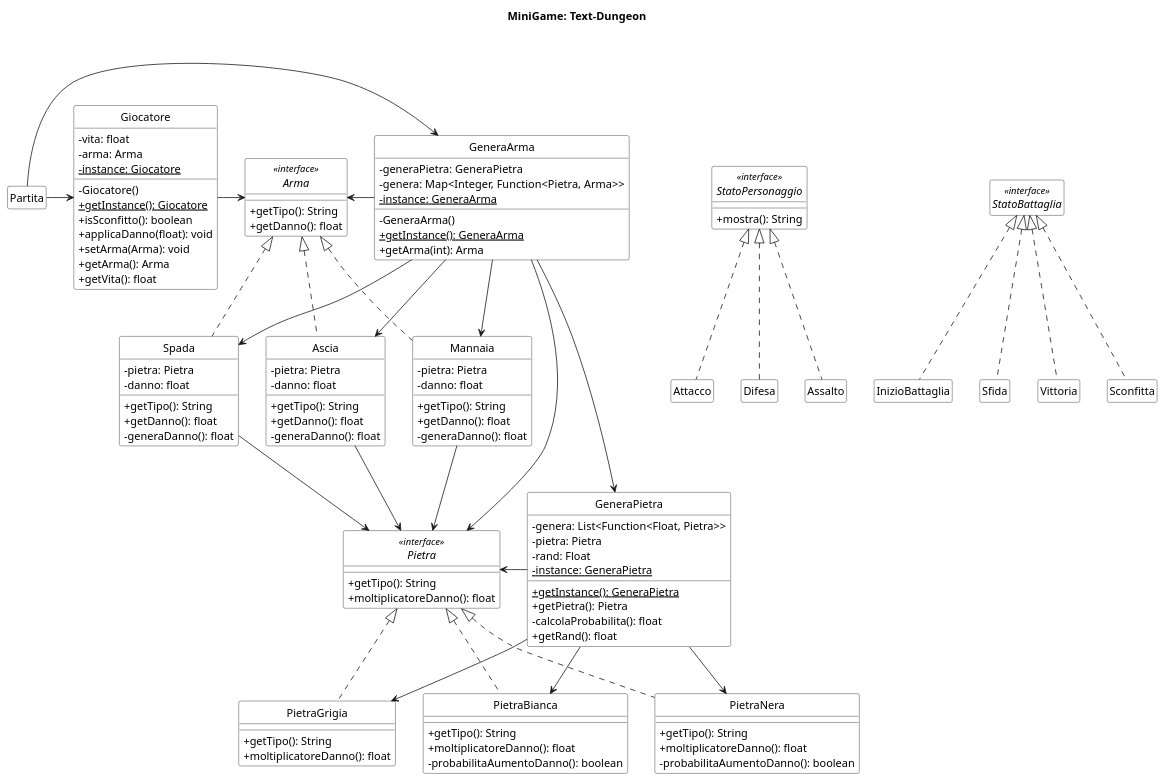
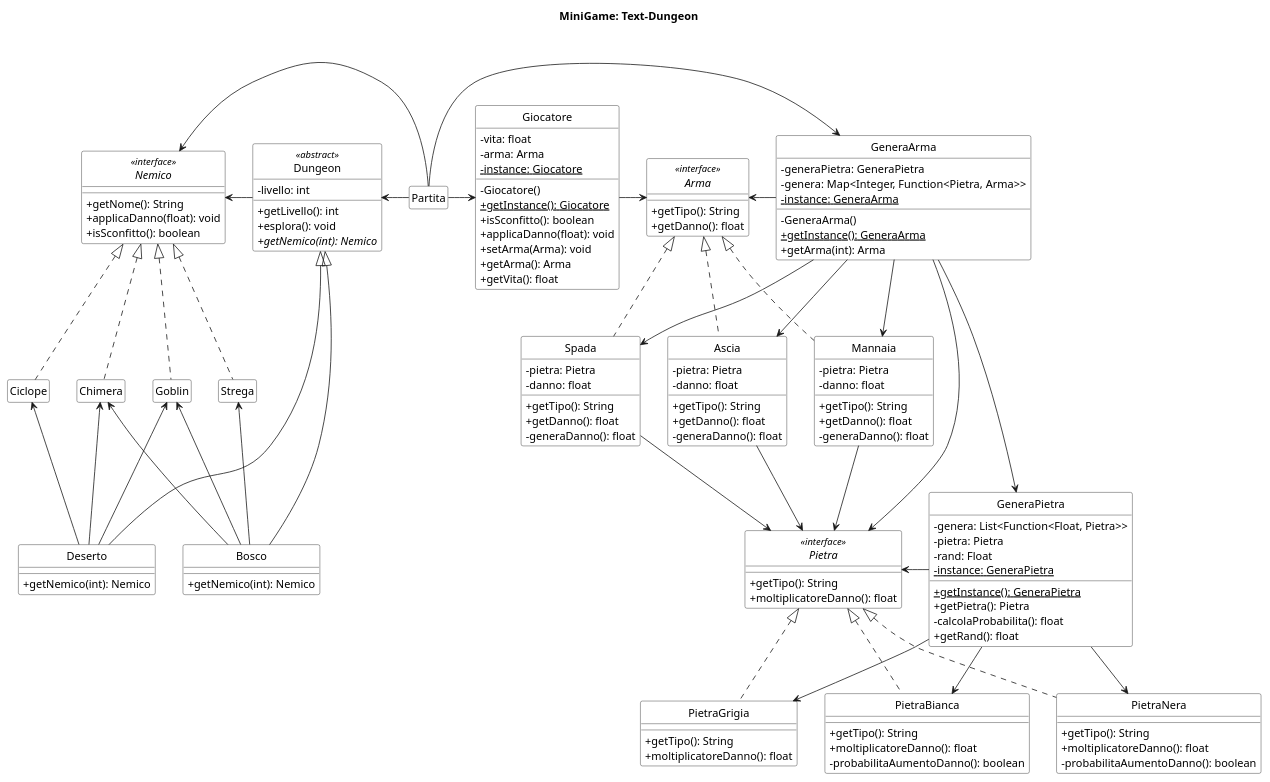
One commit to Gigi-G/text-dungeon changed the diagram in uml/class_diagram.puml. Above: the diagram before and after it, drawn with PlantUML.

Commit message:
update(UML): add Nemico, Ciclope, Chimera, Goblin, Strega, Dungeon, Deserto and Bosco

```diff
--- a/uml/class_diagram.puml
+++ b/uml/class_diagram.puml
@@ -3,152 +3,193 @@
 @startuml
 ' START STYLE
 skinparam {
     monochrome true
     classBackgroundColor white
     noteBackgroundColor white
     classAttributeIconSize 0
 }
 hide circle
 ' END STYLE
 
 title MiniGame: Text-Dungeon\n
 
 hide members
 
 class GeneraPietra {
     - genera: List<Function<Float, Pietra>>
     - pietra: Pietra
     - rand: Float
     - instance{static}: GeneraPietra
     + getInstance(){static}: GeneraPietra
     + getPietra(): Pietra
     - calcolaProbabilita(): float
     + getRand(): float
 }
 show GeneraPietra members
 
 class Partita
-
-class Giocatore {
-    - vita: float
-    - arma: Arma
-    - instance{static}: Giocatore 
-    - Giocatore()
-    + getInstance(){static}: Giocatore
-    + isSconfitto(): boolean
-    + applicaDanno(float): void
-    + setArma(Arma): void
-    + getArma(): Arma
-    + getVita(): float
-}
-show Giocatore members
 
 interface Pietra <<interface>> {
     + getTipo(): String
     + moltiplicatoreDanno(): float
 }
 show Pietra members
 
 class PietraGrigia implements Pietra {
     + getTipo(): String
     + moltiplicatoreDanno(): float
 }
 show PietraGrigia members
 
 class PietraBianca implements Pietra {
     + getTipo(): String
     + moltiplicatoreDanno(): float
     - probabilitaAumentoDanno(): boolean
 }
 show PietraBianca members
 
 class PietraNera implements Pietra {
     + getTipo(): String
     + moltiplicatoreDanno(): float
     - probabilitaAumentoDanno(): boolean
 }
 show PietraNera members
 
 interface Arma <<interface>> {
     + getTipo(): String
     + getDanno(): float
 }
 show Arma members
 
 class GeneraArma {
     - generaPietra: GeneraPietra
     - genera: Map<Integer, Function<Pietra, Arma>>
     - instance{static}: GeneraArma
     - GeneraArma()
     + getInstance(){static}: GeneraArma
     + getArma(int): Arma
 }
 show GeneraArma members
 
 class Ascia implements Arma {
     - pietra: Pietra
     - danno: float
     + getTipo(): String
     + getDanno(): float
     - generaDanno(): float
 }
 show Ascia members
 
 class Mannaia implements Arma {
     - pietra: Pietra
     - danno: float
     + getTipo(): String
     + getDanno(): float
     - generaDanno(): float
 }
 show Mannaia members
 
 
 class Spada implements Arma {
     - pietra: Pietra
     - danno: float
     + getTipo(): String
     + getDanno(): float
     - generaDanno(): float
 }
 show Spada members
 
-interface StatoPersonaggio<<interface>> {
-    + mostra(): String
+class Giocatore {
+    - vita: float
+    - arma: Arma
+    - instance{static}: Giocatore 
+    - Giocatore()
+    + getInstance(){static}: Giocatore
+    + isSconfitto(): boolean
+    + applicaDanno(float): void
+    + setArma(Arma): void
+    + getArma(): Arma
+    + getVita(): float
 }
-show StatoPersonaggio members
+show Giocatore members
 
-class Attacco implements StatoPersonaggio
-class Difesa implements StatoPersonaggio
-class Assalto implements StatoPersonaggio
+interface Nemico<<interface>> {
+    + getNome(): String
+    + applicaDanno(float): void
+    + isSconfitto(): boolean
+}
+show Nemico members
 
-interface StatoBattaglia<<interface>> {
-    + Lotta(Battaglia): StatoBattaglia 
+class Dungeon<<abstract>> {
+    - livello: int
+    + getLivello(): int
+    + esplora(): void
+    + getNemico(int){abstract}: Nemico
 }
+show Dungeon members
 
-class InizioBattaglia implements StatoBattaglia
-class Sfida implements StatoBattaglia
-class Vittoria implements StatoBattaglia
-class Sconfitta implements StatoBattaglia
+class Bosco extends Dungeon {
+    + getNemico(int): Nemico
+}
+show Bosco members
+
+class Deserto extends Dungeon {
+    + getNemico(int): Nemico
+}
+show Deserto members
+
+class Strega implements Nemico
+class Ciclope implements Nemico
+class Chimera implements Nemico
+class Goblin implements Nemico
+
+'interface StatoPersonaggio<<interface>> {
+ '   + mostra(): String
+'}
+'show StatoPersonaggio members
+
+'class Attacco implements StatoPersonaggio
+'class Difesa implements StatoPersonaggio
+'class Assalto implements StatoPersonaggio
+
+'interface StatoBattaglia<<interface>> {
+'    + Lotta(Battaglia): StatoBattaglia 
+'}
+
+'class InizioBattaglia implements StatoBattaglia
+'class Sfida implements StatoBattaglia
+'class Vittoria implements StatoBattaglia
+'class Sconfitta implements StatoBattaglia
 
 GeneraPietra -l-> Pietra
 GeneraPietra -d-> PietraGrigia
 GeneraPietra -d-> PietraBianca
 GeneraPietra -d-> PietraNera
 GeneraArma -l-> Arma
 GeneraArma -d-> Ascia
 GeneraArma -d-> Mannaia
 GeneraArma -d-> Spada
 GeneraArma -d-> GeneraPietra
 GeneraArma -d-> Pietra
 
 Ascia -d-> Pietra
 Mannaia -d-> Pietra
 Spada -d-> Pietra
 
-Giocatore -r> Arma
-Partita -r> Giocatore
+Giocatore -r-> Arma
+Partita -r-> Giocatore
 
-Partita -r> GeneraArma
+Partita -r-> GeneraArma
+
+Bosco -u-> Chimera
+Bosco -u-> Goblin
+Bosco -u-> Strega
+Deserto -u-> Chimera
+Deserto -u-> Goblin
+Deserto -u-> Ciclope
+Dungeon -l-> Nemico
+
+Partita -l-> Dungeon
+Partita -l-> Nemico
 
 @enduml
```
